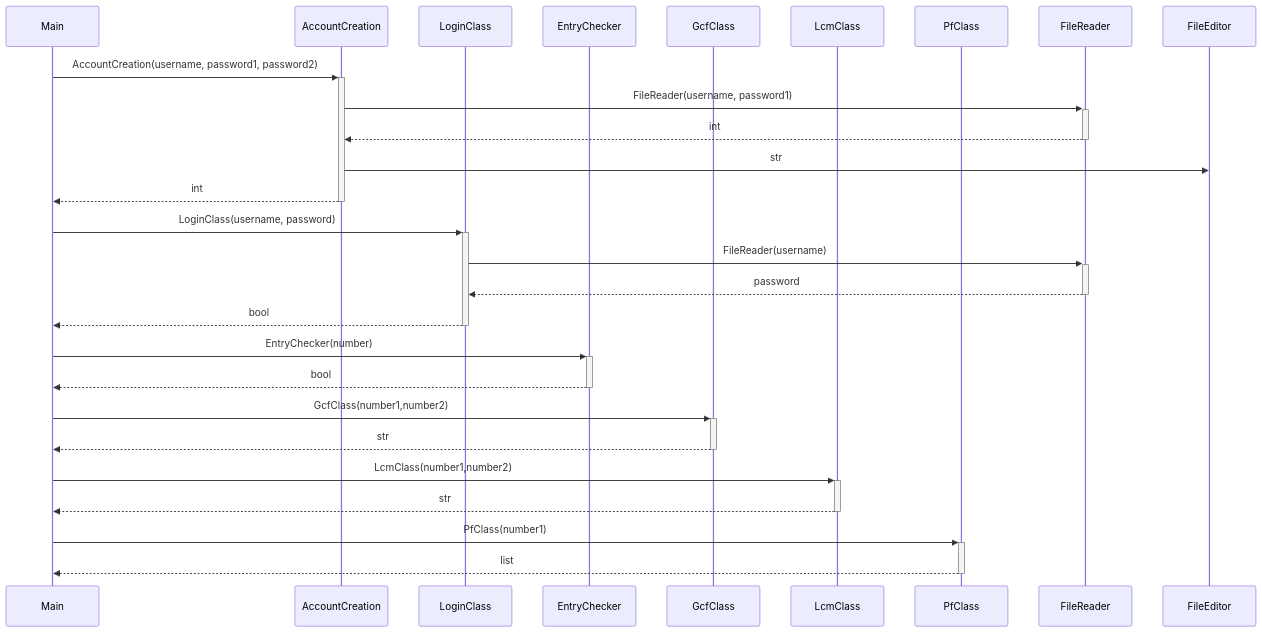
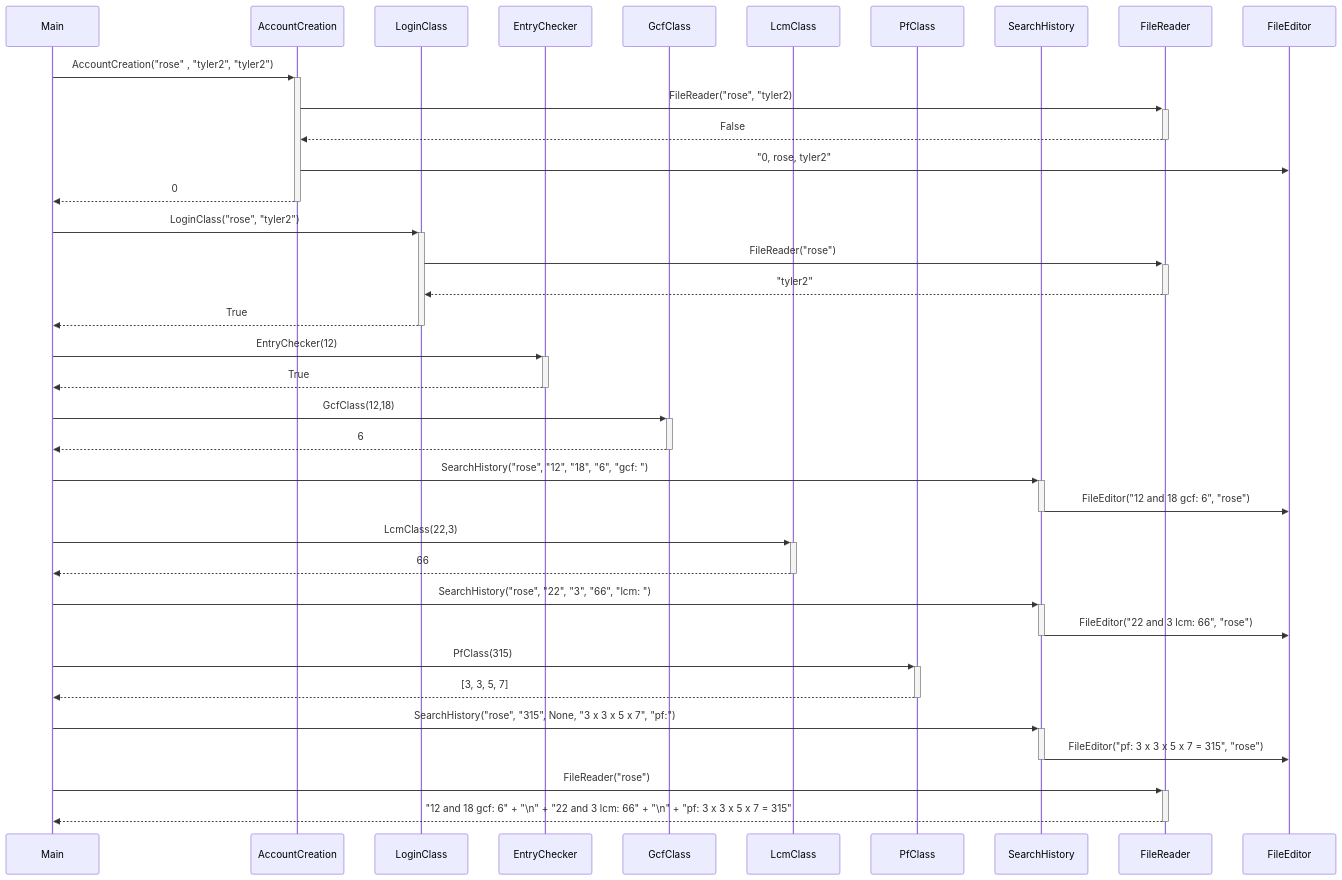
Before and after one commit to SouperSalamander/ot-harjoitustyo: the second of 2 diagrams in dokumentaatio/arkkitehtuuri.md, drawn with Mermaid. The commit also changed other lines of this file, not shown here.

````diff
--- a/dokumentaatio/arkkitehtuuri.md
+++ b/dokumentaatio/arkkitehtuuri.md
@@ -68,36 +72,49 @@
 ```mermaid
 sequenceDiagram
   participant Main
   participant AccountCreation
   participant LoginClass
   participant EntryChecker
   participant GcfClass
   participant LcmClass
   participant PfClass
+  participant SearchHistory
   participant FileReader
   participant FileEditor
 
-  Main->>+AccountCreation: AccountCreation(username, password1, password2)
-  AccountCreation->>+FileReader: FileReader(username, password1)
-  FileReader-->>-AccountCreation: int
-  AccountCreation->>FileEditor: str
-  AccountCreation-->>-Main: int
+  Main->>+AccountCreation: AccountCreation("rose" , "tyler2", "tyler2")
+  AccountCreation->>+FileReader: FileReader("rose", "tyler2)
+  FileReader-->>-AccountCreation: False
+  AccountCreation->>FileEditor: "0, rose, tyler2"
+  AccountCreation-->>-Main: 0
 
-  Main->>+LoginClass: LoginClass(username, password)
-  LoginClass->>+FileReader: FileReader(username)
-  FileReader-->>-LoginClass: password
-  LoginClass-->>-Main: bool
+  Main->>+LoginClass: LoginClass("rose", "tyler2")
+  LoginClass->>+FileReader: FileReader("rose")
+  FileReader-->>-LoginClass: "tyler2"
+  LoginClass-->>-Main: True
 
-  Main->>+EntryChecker: EntryChecker(number)
-  EntryChecker-->>-Main: bool
+  Main->>+EntryChecker: EntryChecker(12)
+  EntryChecker-->>-Main: True
 
-  Main->>+GcfClass: GcfClass(number1,number2)
-  GcfClass -->>-Main: str
+  Main->>+GcfClass: GcfClass(12,18)
+  GcfClass -->>-Main: 6
 
-  Main->>+LcmClass: LcmClass(number1,number2)
-  LcmClass -->>-Main: str
+  Main->>+SearchHistory: SearchHistory("rose", "12", "18", "6", "gcf: ")
+  SearchHistory->>-FileEditor: FileEditor("12 and 18 gcf: 6", "rose")
 
-  Main->>+PfClass: PfClass(number1)
-  PfClass -->>-Main: list
+  Main->>+LcmClass: LcmClass(22,3)
+  LcmClass -->>-Main: 66
+
+  Main->>+SearchHistory: SearchHistory("rose", "22", "3", "66", "lcm: ")
+  SearchHistory->>-FileEditor: FileEditor("22 and 3 lcm: 66", "rose")
+
+  Main->>+PfClass: PfClass(315)
+  PfClass -->>-Main: [3, 3, 5, 7]
+
+  Main->>+SearchHistory: SearchHistory("rose", "315", None, "3 x 3 x 5 x 7", "pf:")
+  SearchHistory->>-FileEditor: FileEditor("pf: 3 x 3 x 5 x 7 = 315", "rose")
+
+  Main->>+FileReader: FileReader("rose")
+  FileReader-->>-Main: "12 and 18 gcf: 6" + "\n" +  "22 and 3 lcm: 66" + "\n" + "pf: 3 x 3 x 5 x 7 = 315"
 
 ```
````
